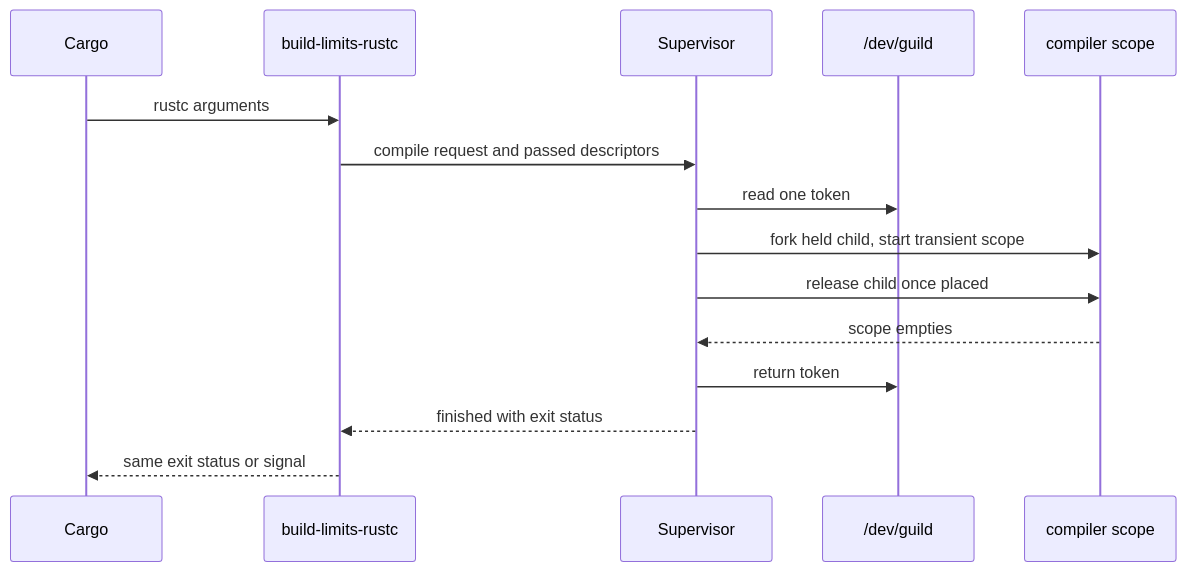
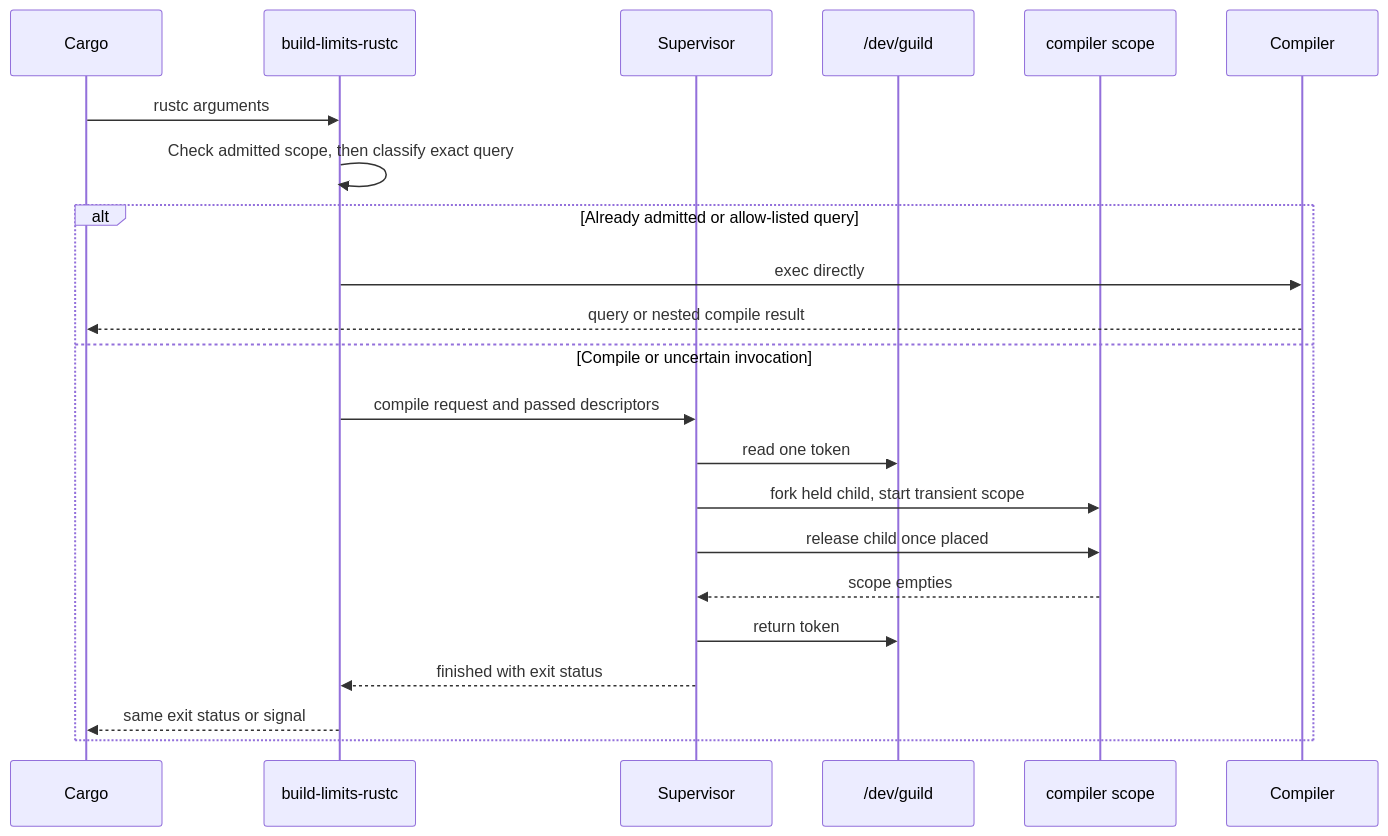
The diagram in docs/developers-guide.md (leynos/buildlimits), drawn with Mermaid before and after one commit. The commit also changed other lines of this file and 37 other files, not shown here.

````diff
--- a/docs/developers-guide.md
+++ b/docs/developers-guide.md
@@ -87,17 +86,24 @@
 ```mermaid
 sequenceDiagram
     participant Cargo
     participant Adapter as build-limits-rustc
     participant Supervisor
     participant Pool as /dev/guild
     participant Scope as compiler scope
+    participant Compiler
     Cargo->>Adapter: rustc arguments
-    Adapter->>Supervisor: compile request and passed descriptors
-    Supervisor->>Pool: read one token
-    Supervisor->>Scope: fork held child, start transient scope
-    Supervisor->>Scope: release child once placed
-    Scope-->>Supervisor: scope empties
-    Supervisor->>Pool: return token
-    Supervisor-->>Adapter: finished with exit status
-    Adapter-->>Cargo: same exit status or signal
+    Adapter->>Adapter: Check admitted scope, then classify exact query
+    alt Already admitted or allow-listed query
+        Adapter->>Compiler: exec directly
+        Compiler-->>Cargo: query or nested compile result
+    else Compile or uncertain invocation
+        Adapter->>Supervisor: compile request and passed descriptors
+        Supervisor->>Pool: read one token
+        Supervisor->>Scope: fork held child, start transient scope
+        Supervisor->>Scope: release child once placed
+        Scope-->>Supervisor: scope empties
+        Supervisor->>Pool: return token
+        Supervisor-->>Adapter: finished with exit status
+        Adapter-->>Cargo: same exit status or signal
+    end
 ```
````
